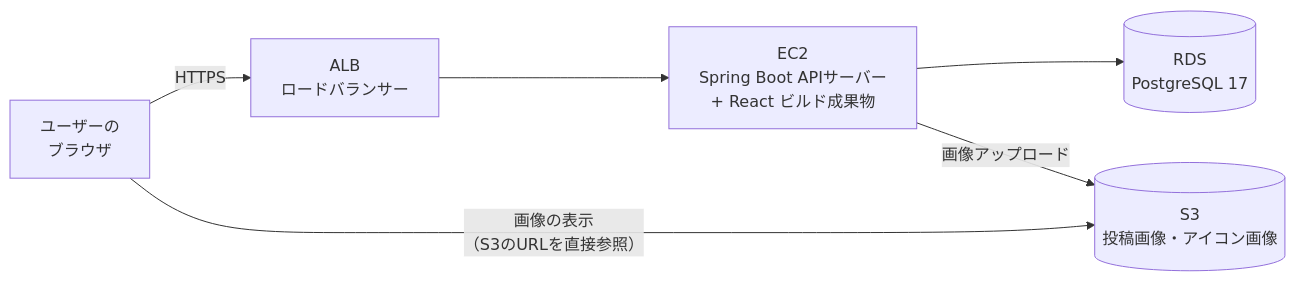
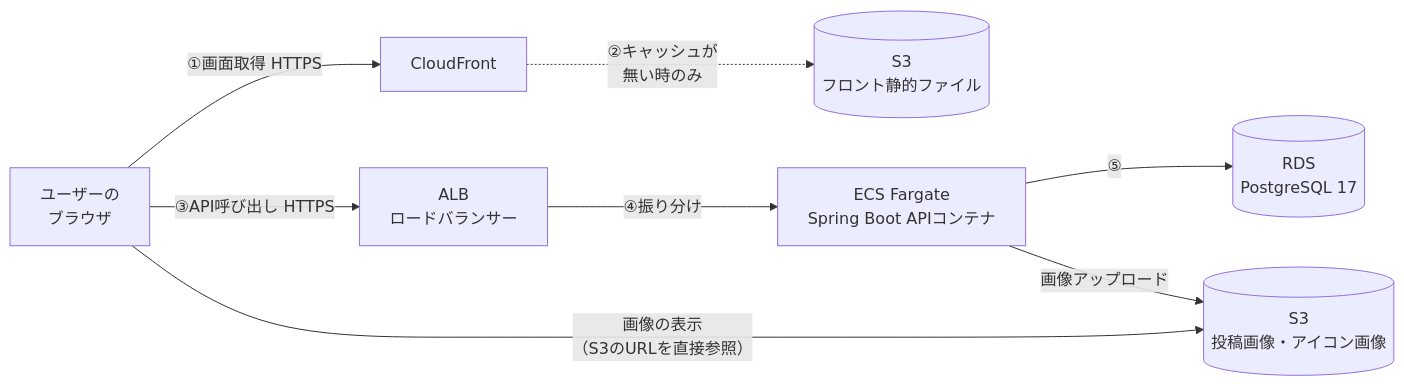
The diagram in docs/infrastructure.md (yusu31/RaiseTimeLine), drawn with Mermaid before and after one commit. The commit also changed other lines of this file and 2 other files, not shown here.

First line of the commit message:
docs: デプロイ方針をECS Fargate+S3+CloudFront構成に更新

````diff
--- a/docs/infrastructure.md
+++ b/docs/infrastructure.md
@@ -19,8 +19,10 @@
 ```mermaid
 graph LR
-    U[ユーザーの<br>ブラウザ] -->|HTTPS| ALB[ALB<br>ロードバランサー]
-    ALB --> EC2[EC2<br>Spring Boot APIサーバー<br>+ React ビルド成果物]
-    EC2 --> RDS[(RDS<br>PostgreSQL 17)]
-    EC2 -->|画像アップロード| S3[(S3<br>投稿画像・アイコン画像)]
-    U -->|画像の表示<br>（S3のURLを直接参照）| S3
+    U[ユーザーの<br>ブラウザ] -->|①画面取得 HTTPS| CF[CloudFront]
+    CF -.->|②キャッシュが<br>無い時のみ| S3F[(S3<br>フロント静的ファイル)]
+    U -->|③API呼び出し HTTPS| ALB[ALB<br>ロードバランサー]
+    ALB -->|④振り分け| ECS[ECS Fargate<br>Spring Boot APIコンテナ]
+    ECS -->|⑤| RDS[(RDS<br>PostgreSQL 17)]
+    ECS -->|画像アップロード| S3I[(S3<br>投稿画像・アイコン画像)]
+    U -->|画像の表示<br>（S3のURLを直接参照）| S3I
 ```
````
